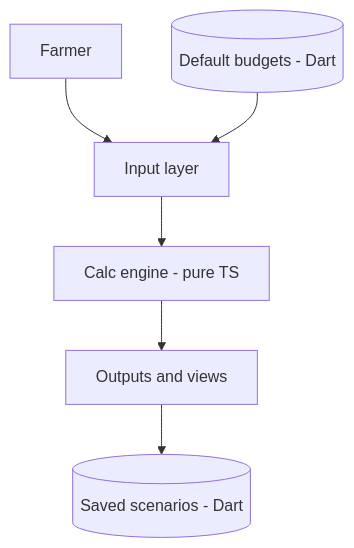
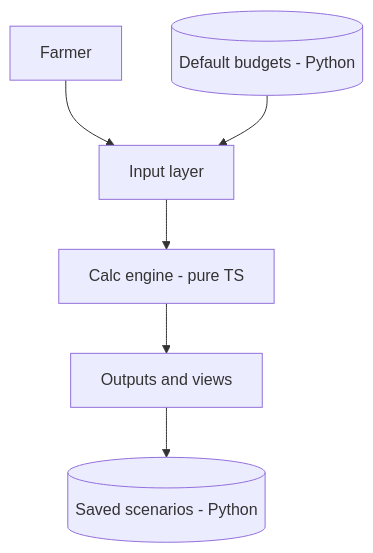
The diagram in docs/v1-alignment.md (bzhang533-blip/Smart-Farming-), drawn with Mermaid before and after one commit. The commit also changed other lines of this file and 23 other files, not shown here.

Commit message:
refactor(backend): migrate service from Dart to Python

````diff
--- a/docs/v1-alignment.md
+++ b/docs/v1-alignment.md
@@ -48,8 +48,8 @@
 ```mermaid
 flowchart TD
   U[Farmer] --> IN[Input layer]
-  DEF[(Default budgets - Dart)] --> IN
+  DEF[(Default budgets - Python)] --> IN
   IN --> CALC[Calc engine - pure TS]
   CALC --> OUT[Outputs and views]
-  OUT --> SAVE[(Saved scenarios - Dart)]
+  OUT --> SAVE[(Saved scenarios - Python)]
 ```
````
